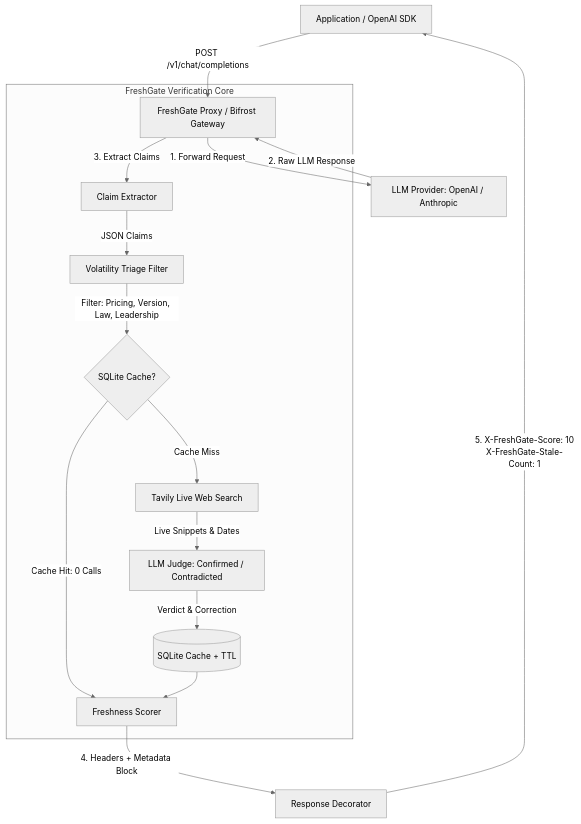
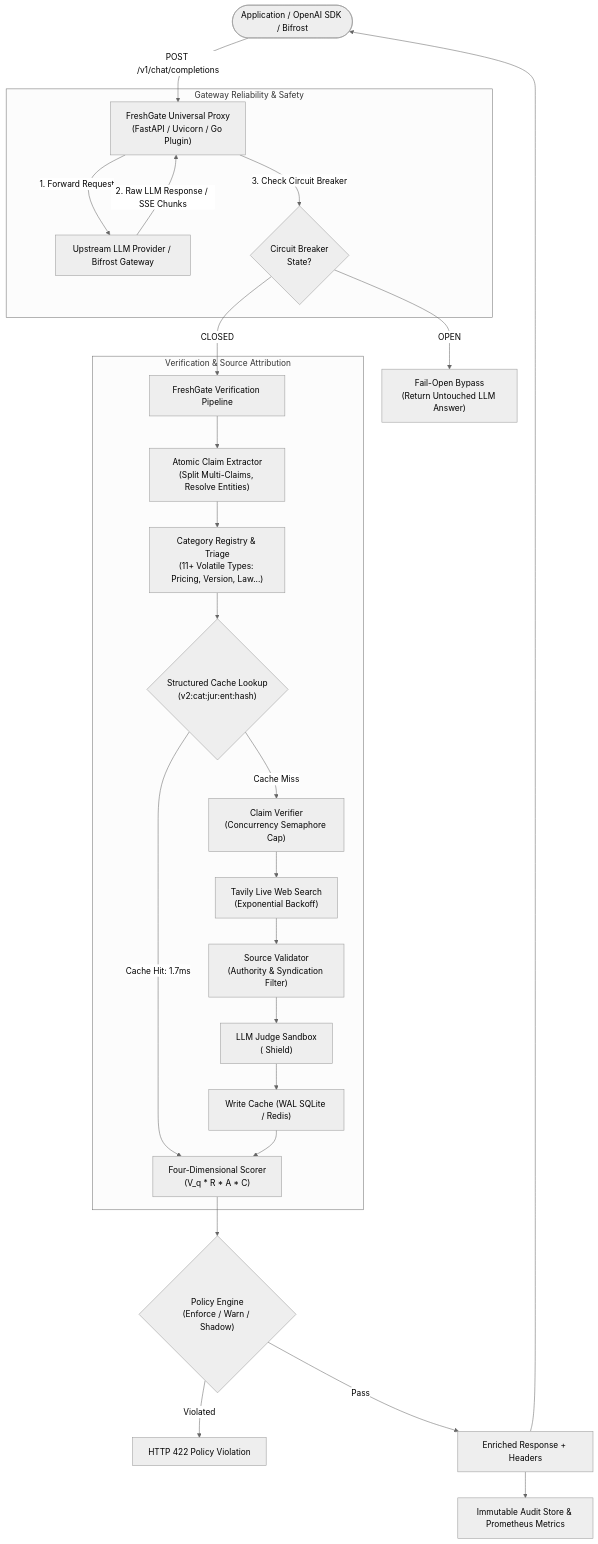
One commit to Aarush-300/FreshGate changed the diagram in README.md. Above: the diagram before and after it, drawn with Mermaid (neutral theme). The commit also changed other lines of this file and 13 other files, not shown here.

````diff
--- a/README.md
+++ b/README.md
@@ -27,21 +31,35 @@
 ```mermaid
 flowchart TD
-    Client[Application / OpenAI SDK] -->|POST /v1/chat/completions| FG[FreshGate Proxy / Bifrost Gateway]
-    FG -->|1. Forward Request| LLM[LLM Provider: OpenAI / Anthropic]
-    LLM -->|2. Raw LLM Response| FG
+    Client(["Application / OpenAI SDK / Bifrost"]) -->|POST /v1/chat/completions| Proxy["FreshGate Universal Proxy\n(FastAPI / Uvicorn / Go Plugin)"]
     
-    subgraph FreshGate Verification Core
-        FG -->|3. Extract Claims| Extractor[Claim Extractor]
-        Extractor -->|JSON Claims| Triage[Volatility Triage Filter]
-        Triage -->|Filter: Pricing, Version, Law, Leadership| CacheCheck{SQLite Cache?}
-        
-        CacheCheck -->|Cache Hit: 0 Calls| Scorer[Freshness Scorer]
-        CacheCheck -->|Cache Miss| Tavily[Tavily Live Web Search]
-        Tavily -->|Live Snippets & Dates| Judge[LLM Judge: Confirmed / Contradicted]
-        Judge -->|Verdict & Correction| CacheStore[(SQLite Cache + TTL)]
-        CacheStore --> Scorer
+    subgraph GatewaySafety["Gateway Reliability & Safety"]
+        Proxy -->|1. Forward Request| LLM["Upstream LLM Provider / Bifrost Gateway"]
+        LLM -->|2. Raw LLM Response / SSE Chunks| Proxy
+        Proxy -->|3. Check Circuit Breaker| CB{"Circuit Breaker\nState?"}
     end
 
-    Scorer -->|4. Headers + Metadata Block| ResponseEnricher[Response Decorator]
-    ResponseEnricher -->|5. X-FreshGate-Score: 10<br/>X-FreshGate-Stale-Count: 1| Client
+    CB -->|OPEN| FailOpen["Fail-Open Bypass\n(Return Untouched LLM Answer)"]
+    CB -->|CLOSED| Pipeline["FreshGate Verification Pipeline"]
+
+    subgraph VerificationEngine["Verification & Source Attribution"]
+        Pipeline --> Extractor["Atomic Claim Extractor\n(Split Multi-Claims, Resolve Entities)"]
+        Extractor --> Triage["Category Registry & Triage\n(11+ Volatile Types: Pricing, Version, Law...)"]
+        Triage --> CacheCheck{"Structured Cache Lookup\n(v2:cat:jur:ent:hash)"}
+        
+        CacheCheck -->|Cache Hit: 1.7ms| Scorer["Four-Dimensional Scorer\n(V_q * R * A * C)"]
+        CacheCheck -->|Cache Miss| Verifier["Claim Verifier\n(Concurrency Semaphore Cap)"]
+        
+        Verifier --> Tavily["Tavily Live Web Search\n(Exponential Backoff)"]
+        Tavily --> SrcVal["Source Validator\n(Authority & Syndication Filter)"]
+        SrcVal --> Judge["LLM Judge Sandbox\n(<untrusted_web_evidence> Shield)"]
+        Judge --> CacheWrite["Write Cache (WAL SQLite / Redis)"]
+        CacheWrite --> Scorer
+    end
+
+    Scorer --> PolicyCheck{"Policy Engine\n(Enforce / Warn / Shadow)"}
+    PolicyCheck -->|Violated| PolicyErr["HTTP 422 Policy Violation"]
+    PolicyCheck -->|Pass| EnrichedResp["Enriched Response + Headers"]
+
+    EnrichedResp --> Audit["Immutable Audit Store & Prometheus Metrics"]
+    EnrichedResp --> Client
 ```
````
